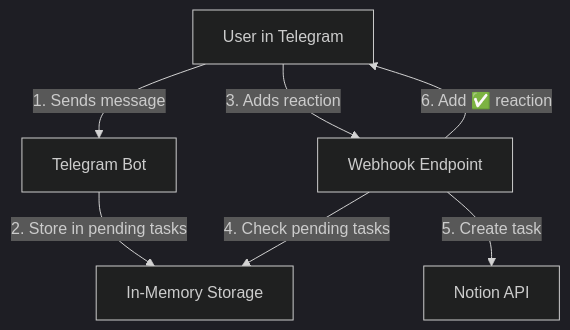
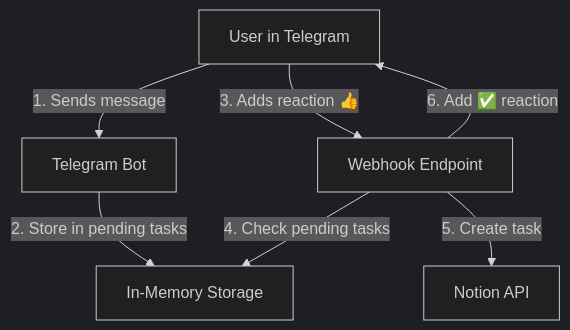
The diagram in README.md (NumeroQuadro/notion-mini-app), drawn with Mermaid (dark theme) before and after one commit. The commit also changed other lines of this file, not shown here.

````diff
--- a/README.md
+++ b/README.md
@@ -22,15 +20,15 @@
 ```mermaid
 graph TB
     User[User in Telegram]
     Bot[Telegram Bot]
     Webhook[Webhook Endpoint]
     Notion[Notion API]
     Memory[In-Memory Storage]
     
     User -->|1. Sends message| Bot
     Bot -->|2. Store in pending tasks| Memory
-    User -->|3. Adds reaction| Webhook
+    User -->|3. Adds reaction 👍| Webhook
     Webhook -->|4. Check pending tasks| Memory
     Webhook -->|5. Create task| Notion
     Webhook -->|6. Add ✅ reaction| User
 ```
````
